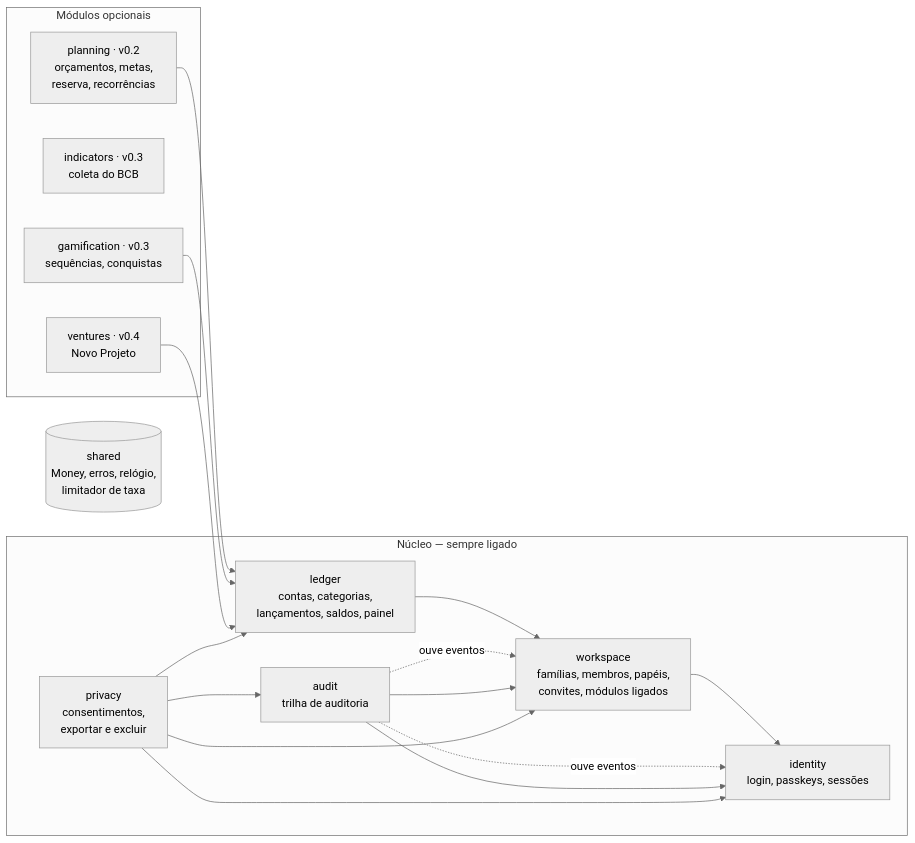
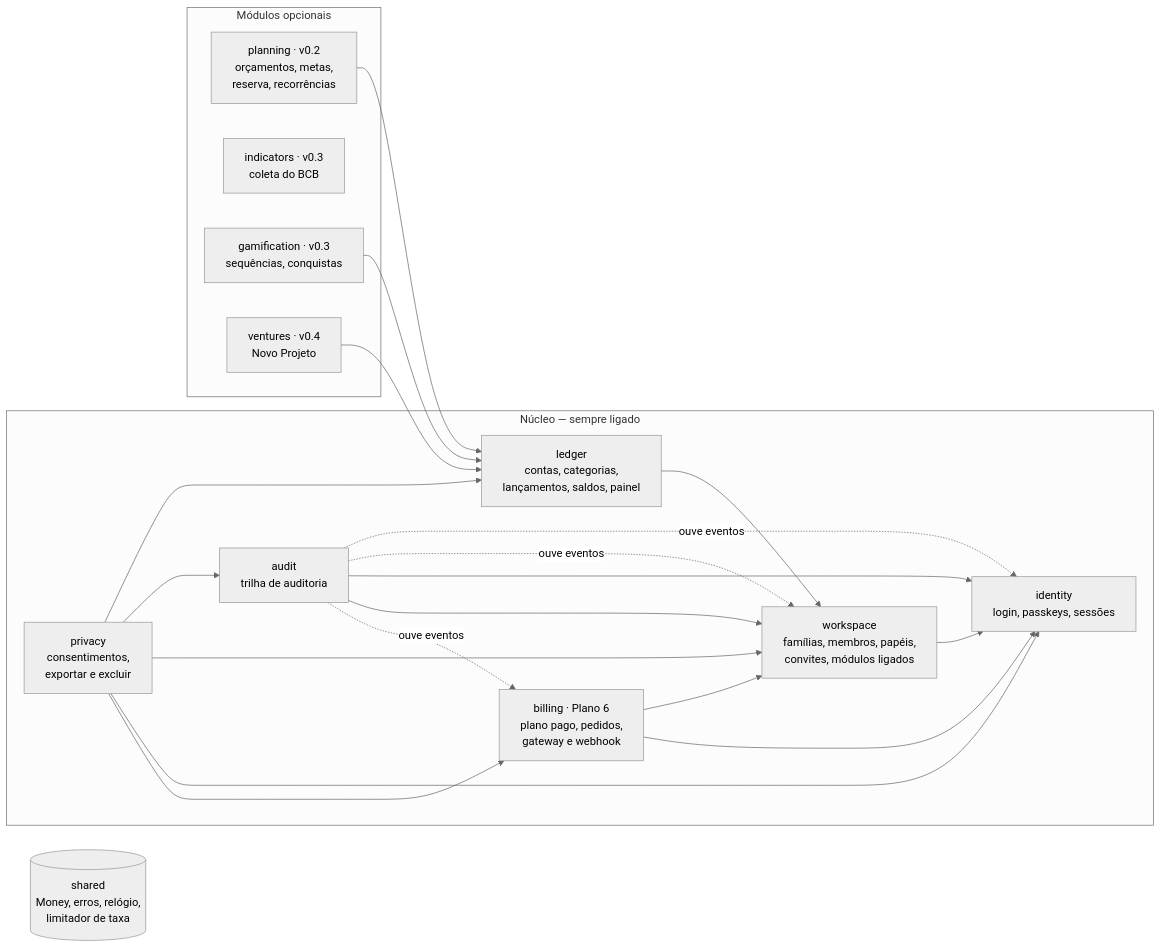
One commit to warthogozz-cyber/liberdade changed the third of 6 diagrams in docs/architecture.md. Above: the diagram before and after it, drawn with Mermaid (neutral theme). The commit also changed other lines of this file and 197 other files, not shown here.

````diff
--- a/docs/architecture.md
+++ b/docs/architecture.md
@@ -57,25 +57,28 @@
 ```mermaid
 flowchart LR
   subgraph núcleo[Núcleo — sempre ligado]
     identity[identity<br/>login, passkeys, sessões]
     workspace[workspace<br/>famílias, membros, papéis,<br/>convites, módulos ligados]
     ledger[ledger<br/>contas, categorias,<br/>lançamentos, saldos, painel]
     audit[audit<br/>trilha de auditoria]
     privacy[privacy<br/>consentimentos,<br/>exportar e excluir]
+    billing[billing · Plano 6<br/>plano pago, pedidos,<br/>gateway e webhook]
   end
   subgraph opcionais[Módulos opcionais]
     planning[planning · v0.2<br/>orçamentos, metas,<br/>reserva, recorrências]
     indicators[indicators · v0.3<br/>coleta do BCB]
     gamification[gamification · v0.3<br/>sequências, conquistas]
     ventures[ventures · v0.4<br/>Novo Projeto]
   end
   shared[(shared<br/>Money, erros, relógio,<br/>limitador de taxa)]
   workspace --> identity
   ledger --> workspace
   planning --> ledger
   gamification --> ledger
   ventures --> ledger
   audit -. ouve eventos .-> identity & workspace
   audit --> identity & workspace
-  privacy --> ledger & audit & workspace & identity
+  privacy --> ledger & audit & workspace & identity & billing
+  billing --> workspace & identity
+  audit -. ouve eventos .-> billing
 ```
````
